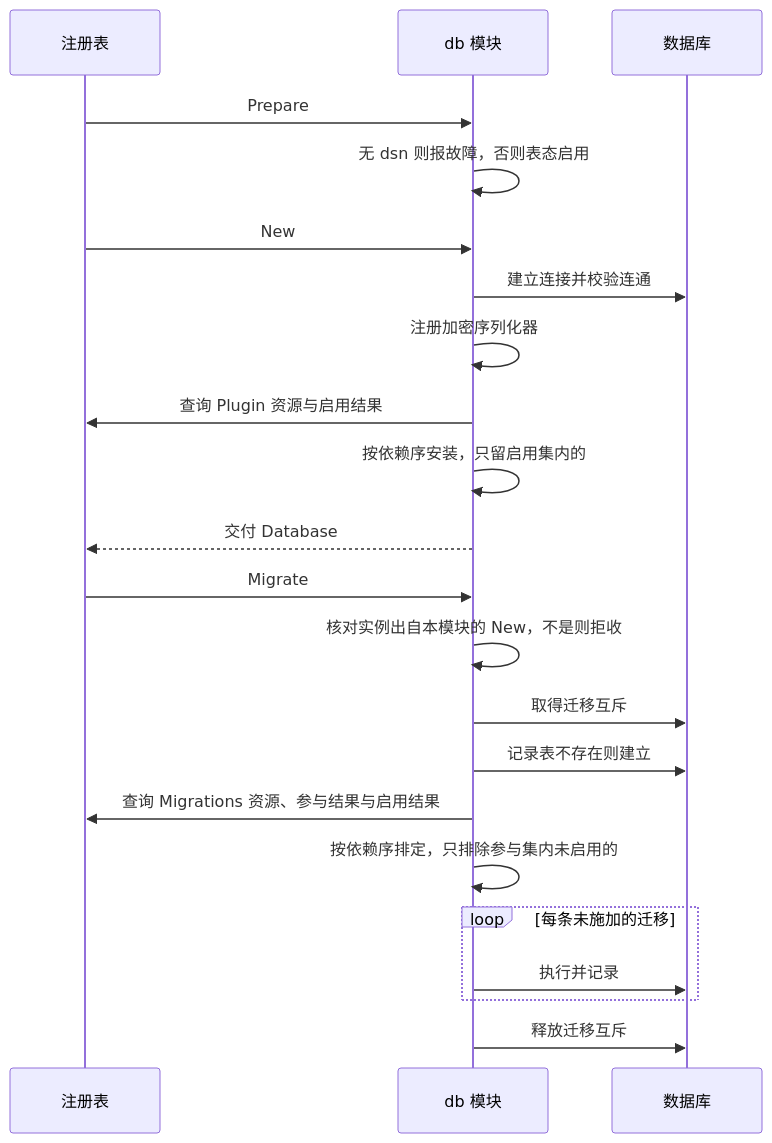
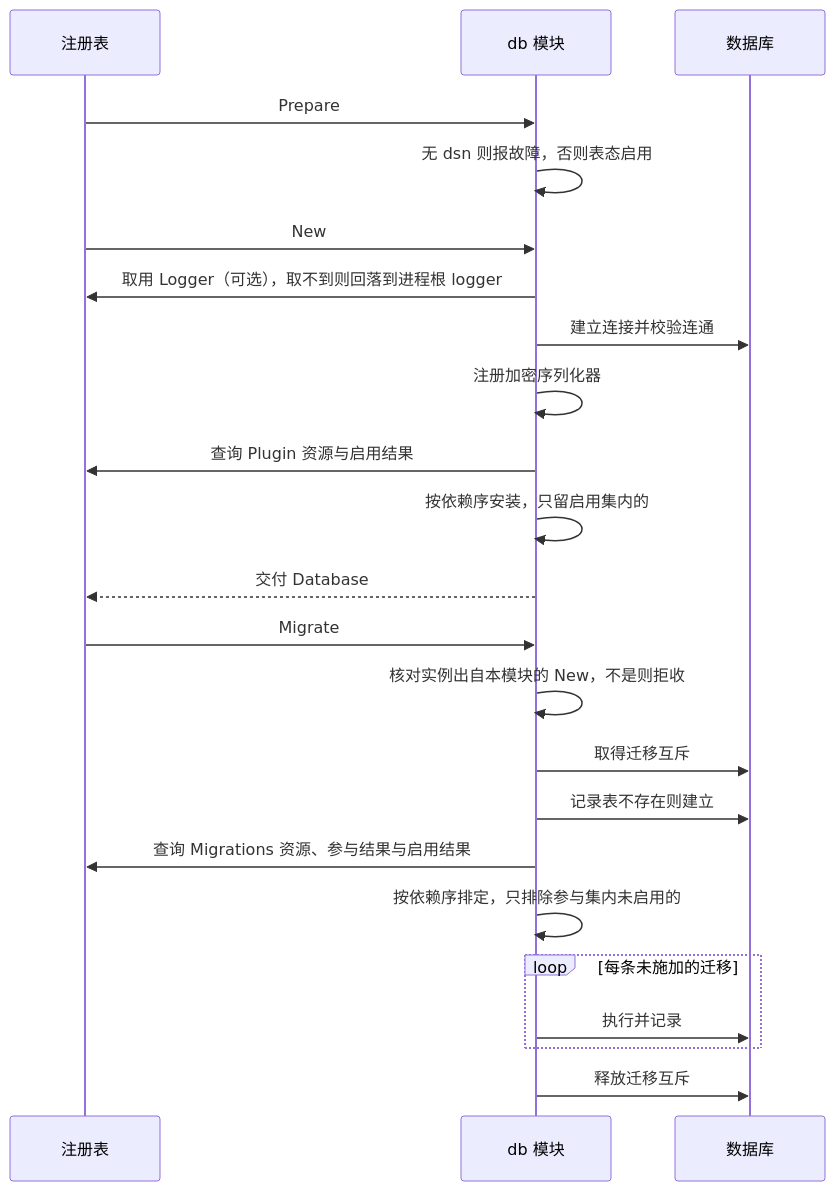
One commit to wangzw/speed changed the second of 2 diagrams in docs/design/modules/design-db.md. Above: the diagram before and after it, drawn with Mermaid. The commit also changed other lines of this file and 40 other files, not shown here.

````diff
--- a/docs/design/modules/design-db.md
+++ b/docs/design/modules/design-db.md
@@ -270,24 +299,25 @@
 ```mermaid
 sequenceDiagram
     participant R as 注册表
     participant D as db 模块
     participant G as 数据库
     R->>D: Prepare
     D->>D: 无 dsn 则报故障，否则表态启用
     R->>D: New
+    D->>R: 取用 Logger（可选），取不到则回落到进程根 logger
     D->>G: 建立连接并校验连通
     D->>D: 注册加密序列化器
     D->>R: 查询 Plugin 资源与启用结果
     D->>D: 按依赖序安装，只留启用集内的
     D-->>R: 交付 Database
     R->>D: Migrate
     D->>D: 核对实例出自本模块的 New，不是则拒收
     D->>G: 取得迁移互斥
     D->>G: 记录表不存在则建立
     D->>R: 查询 Migrations 资源、参与结果与启用结果
     D->>D: 按依赖序排定，只排除参与集内未启用的
     loop 每条未施加的迁移
         D->>G: 执行并记录
     end
     D->>G: 释放迁移互斥
 ```
````
